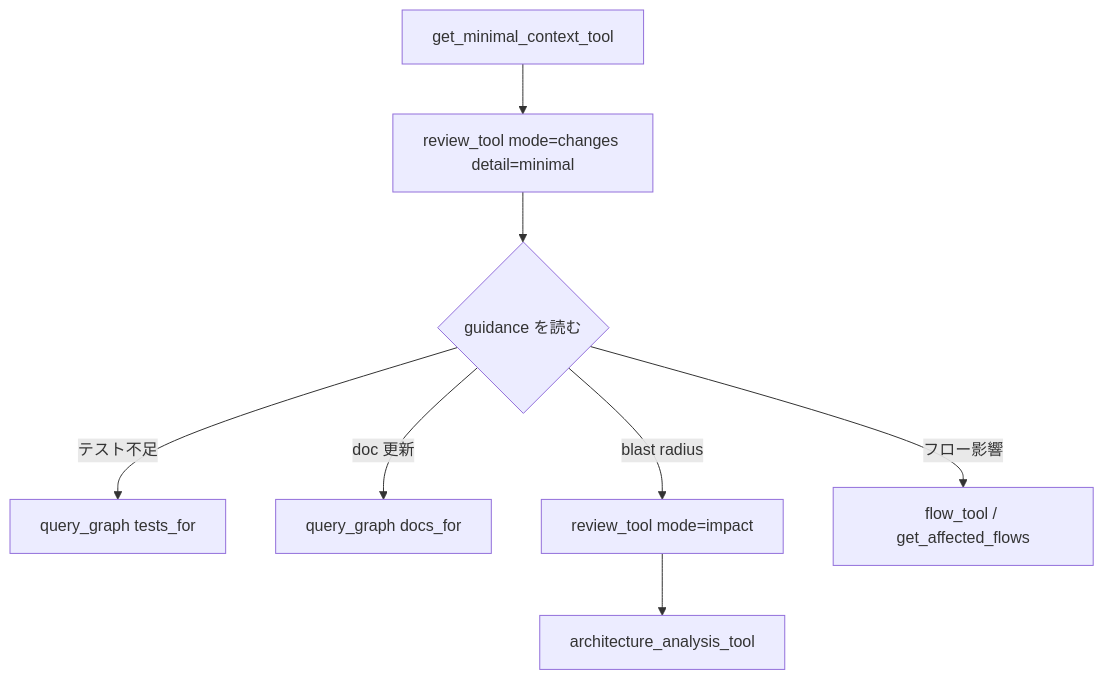
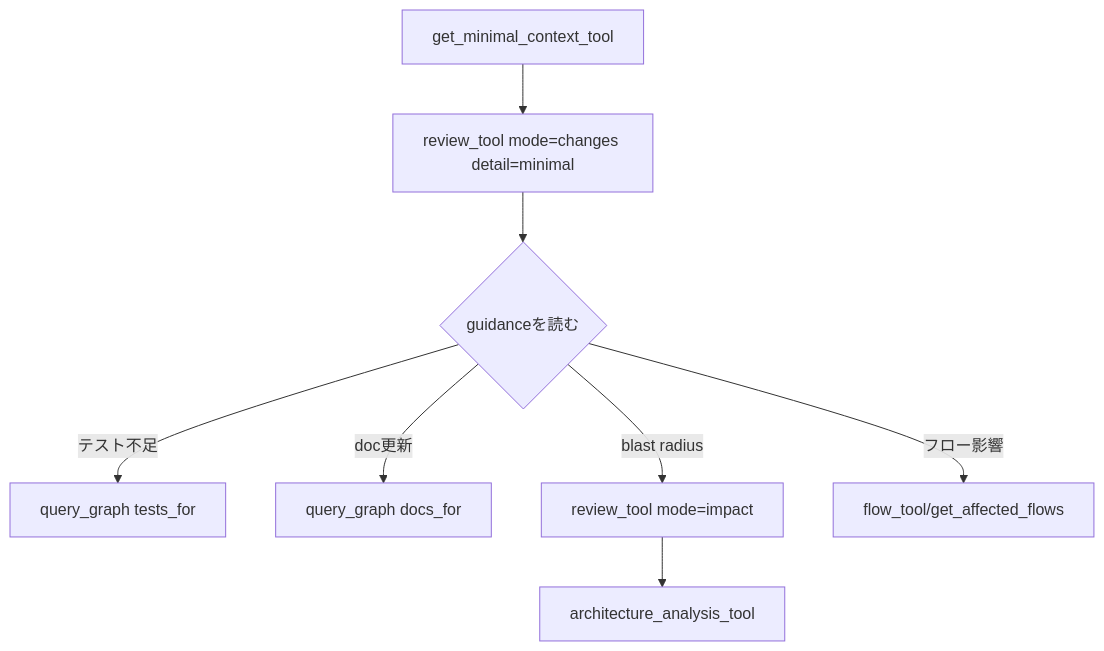
The diagram in src/content/docs/projects/dagayn/review-analysis.md (manji-0/blog), drawn with Mermaid before and after one commit. The commit also changed other lines of this file and 137 other files, not shown here.

````diff
--- a/src/content/docs/projects/dagayn/review-analysis.md
+++ b/src/content/docs/projects/dagayn/review-analysis.md
@@ -36,10 +36,10 @@
 ```mermaid
 flowchart TD
   A[get_minimal_context_tool] --> B[review_tool mode=changes detail=minimal]
-  B --> C{guidance を読む}
+  B --> C{guidanceを読む}
   C -->|テスト不足| D[query_graph tests_for]
-  C -->|doc 更新| E[query_graph docs_for]
+  C -->|doc更新| E[query_graph docs_for]
   C -->|blast radius| F[review_tool mode=impact]
-  C -->|フロー影響| G[flow_tool / get_affected_flows]
+  C -->|フロー影響| G[flow_tool/get_affected_flows]
   F --> H[architecture_analysis_tool]
 ```
````
